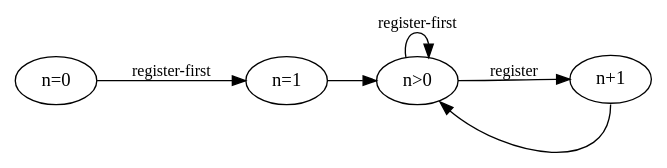
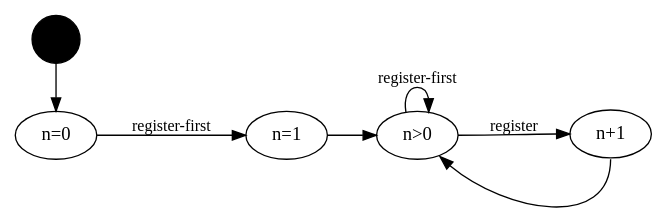
One commit to qfpl/blog changed the diagram in state-machine-testing/register.dot. Above: the diagram before and after it, drawn with Graphviz. The commit also changed 2 other files, not shown here.

```diff
--- a/state-machine-testing/register.dot
+++ b/state-machine-testing/register.dot
@@ -1,12 +1,16 @@
 digraph {
   # node [shape=circle,fontsize=8,fixedsize=true,width=0.9];
 
   edge [fontsize=12];
+  "s" [shape=circle, style=filled, fillcolor=black];
   rankdir=LR;
+  {rank=same; "s", "n=0"}
+
+  "s" -> "n=0"
   "n=0" -> "n=1" [label="register-first"]
   "n=1" -> "n>0"
   "n>0" -> "n>0" [label="register-first"]
   "n>0":e -> "n+1":w [label="register"]
   "n+1":s -> "n>0":se
 
 }
```
